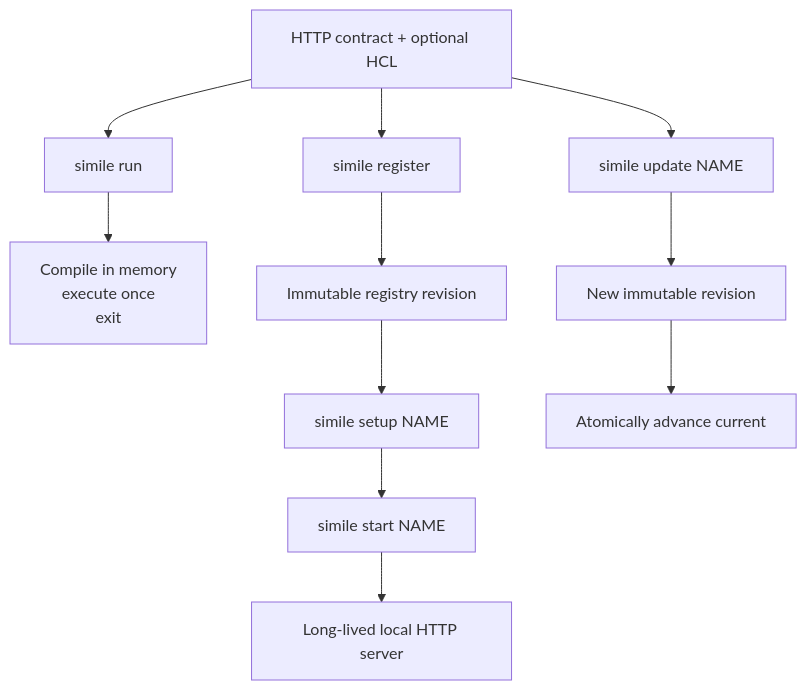
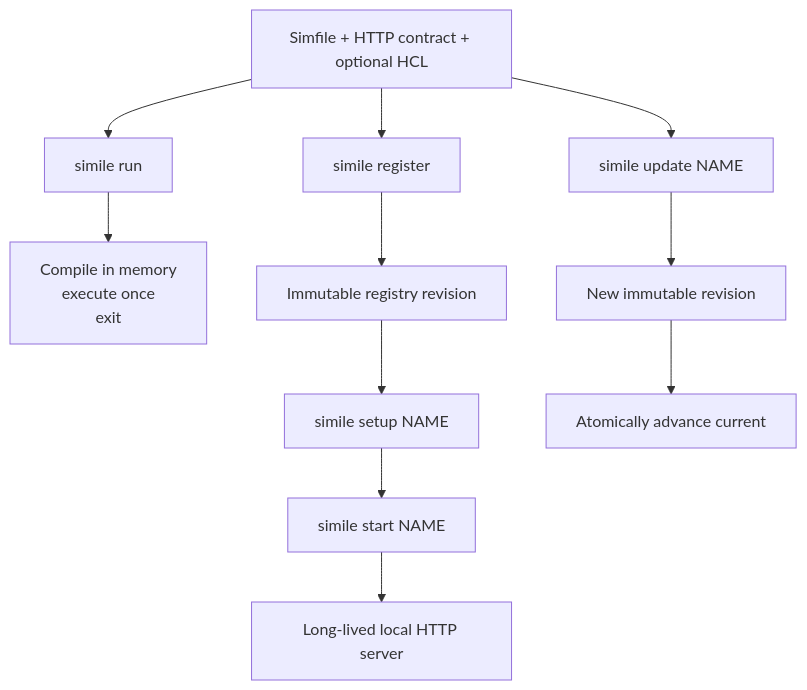
One commit to inttegro/simile changed the diagram in docs/service-lifecycle.md. Above: the diagram before and after it, drawn with Mermaid. The commit also changed other lines of this file and 8 other files, not shown here.

````diff
--- a/docs/service-lifecycle.md
+++ b/docs/service-lifecycle.md
@@ -10,14 +10,14 @@
 ```mermaid
 flowchart TD
-  Sources[HTTP contract + optional HCL]
+  Sources[Simfile + HTTP contract + optional HCL]
   Sources --> Run[simile run]
   Run --> One[Compile in memory\nexecute once\nexit]
   Sources --> Register[simile register]
   Register --> Revision[Immutable registry revision]
   Revision --> Setup[simile setup NAME]
   Setup --> Start[simile start NAME]
   Start --> Server[Long-lived local HTTP server]
   Sources --> Update[simile update NAME]
   Update --> NewRevision[New immutable revision]
   NewRevision --> Pointer[Atomically advance current]
 ```
````
